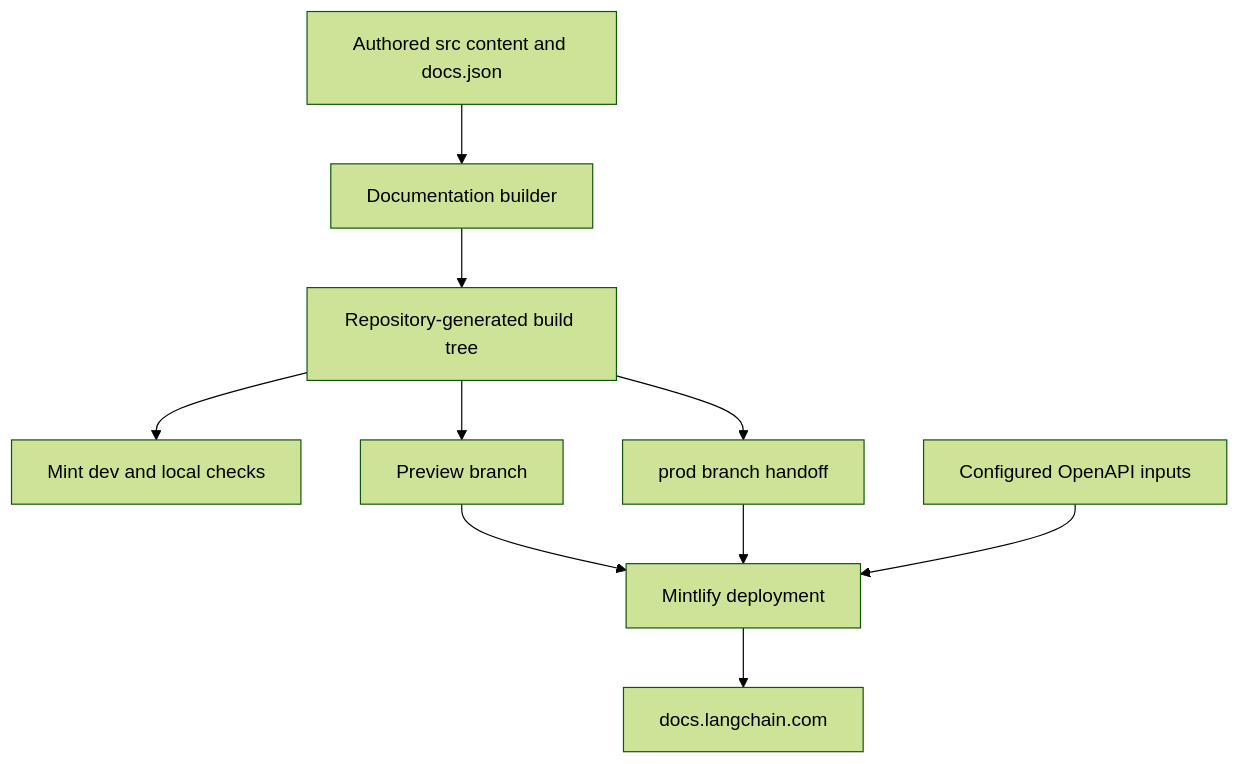
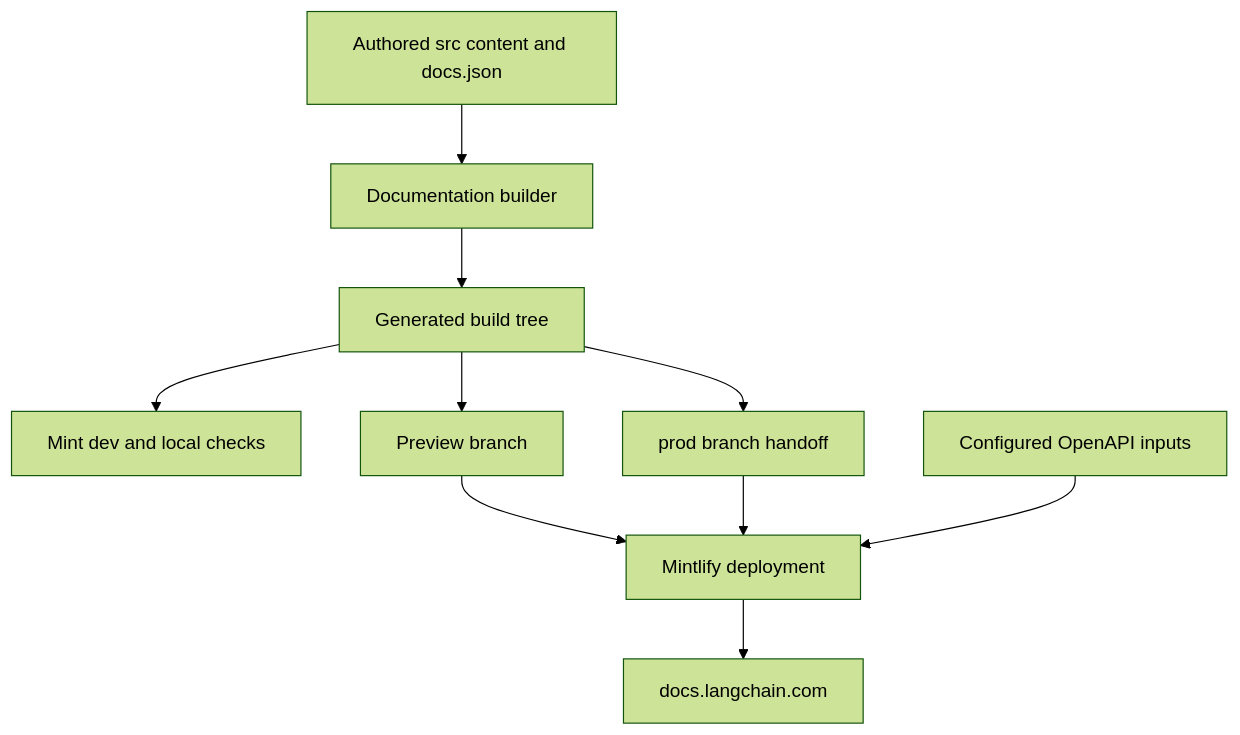
The diagram in openwiki/integrations/mintlify.md (rishi-raj-jain/docs-1), drawn with Mermaid (forest theme) before and after one commit. The commit also changed other lines of this file and 50 other files, not shown here.

````diff
--- a/openwiki/integrations/mintlify.md
+++ b/openwiki/integrations/mintlify.md
@@ -49,12 +47,12 @@
 ```mermaid
 flowchart TD
     Source["Authored src content and docs.json"] --> Builder["Documentation builder"]
-    Builder --> Build["Repository-generated build tree"]
+    Builder --> Build["Generated build tree"]
     Build --> Local["Mint dev and local checks"]
     Build --> Preview["Preview branch"]
-    Build --> Prod["prod branch handoff"]
+    Build --> Production["prod branch handoff"]
     Preview --> Mint["Mintlify deployment"]
-    Prod --> Mint
-    OpenAPI["Configured OpenAPI inputs"] --> Mint
+    Production --> Mint
+    Spec["Configured OpenAPI inputs"] --> Mint
     Mint --> Site["docs.langchain.com"]
 ```
````
